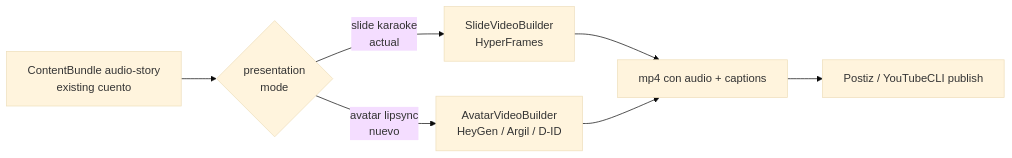
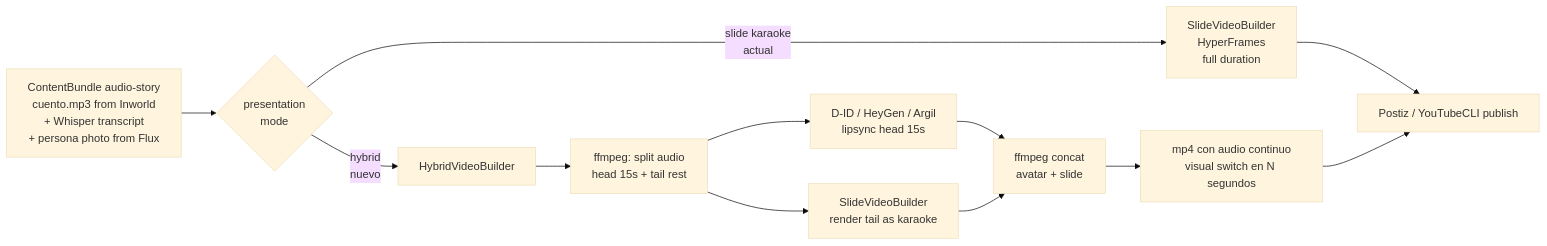
Before and after one commit to DjinnFoundry/postiz-agent: the diagram in docs/presentation-modes.md, drawn with Mermaid (base theme). The commit also changed other lines of this file, not shown here.

````diff
--- a/docs/presentation-modes.md
+++ b/docs/presentation-modes.md
@@ -47,8 +60,15 @@
 ```mermaid
 flowchart LR
-  Bundle[ContentBundle audio-story<br/>existing cuento] --> Switch{presentation<br/>mode}
-  Switch -->|slide karaoke<br/>actual| SVB[SlideVideoBuilder<br/>HyperFrames]
-  Switch -->|avatar lipsync<br/>nuevo| AVB[AvatarVideoBuilder<br/>HeyGen / Argil / D-ID]
-  SVB & AVB --> MP4[mp4 con audio + captions]
-  MP4 --> Pub[Postiz / YouTubeCLI publish]
+  Bundle[ContentBundle audio-story<br/>cuento.mp3 from Inworld<br/>+ Whisper transcript<br/>+ persona photo from Flux] --> Switch{presentation<br/>mode}
+  Switch -->|slide karaoke<br/>actual| SVB[SlideVideoBuilder<br/>HyperFrames<br/>full duration]
+  Switch -->|hybrid<br/>nuevo| Hybrid[HybridVideoBuilder]
+
+  Hybrid --> Trim[ffmpeg: split audio<br/>head 15s + tail rest]
+  Trim --> Lipsync[D-ID / HeyGen / Argil<br/>lipsync head 15s]
+  Trim --> Slide2[SlideVideoBuilder<br/>render tail as karaoke]
+  Lipsync --> Concat[ffmpeg concat<br/>avatar + slide]
+  Slide2 --> Concat
+  Concat --> MP4[mp4 con audio continuo<br/>visual switch en N segundos]
+
+  SVB & MP4 --> Pub[Postiz / YouTubeCLI publish]
 ```
````
